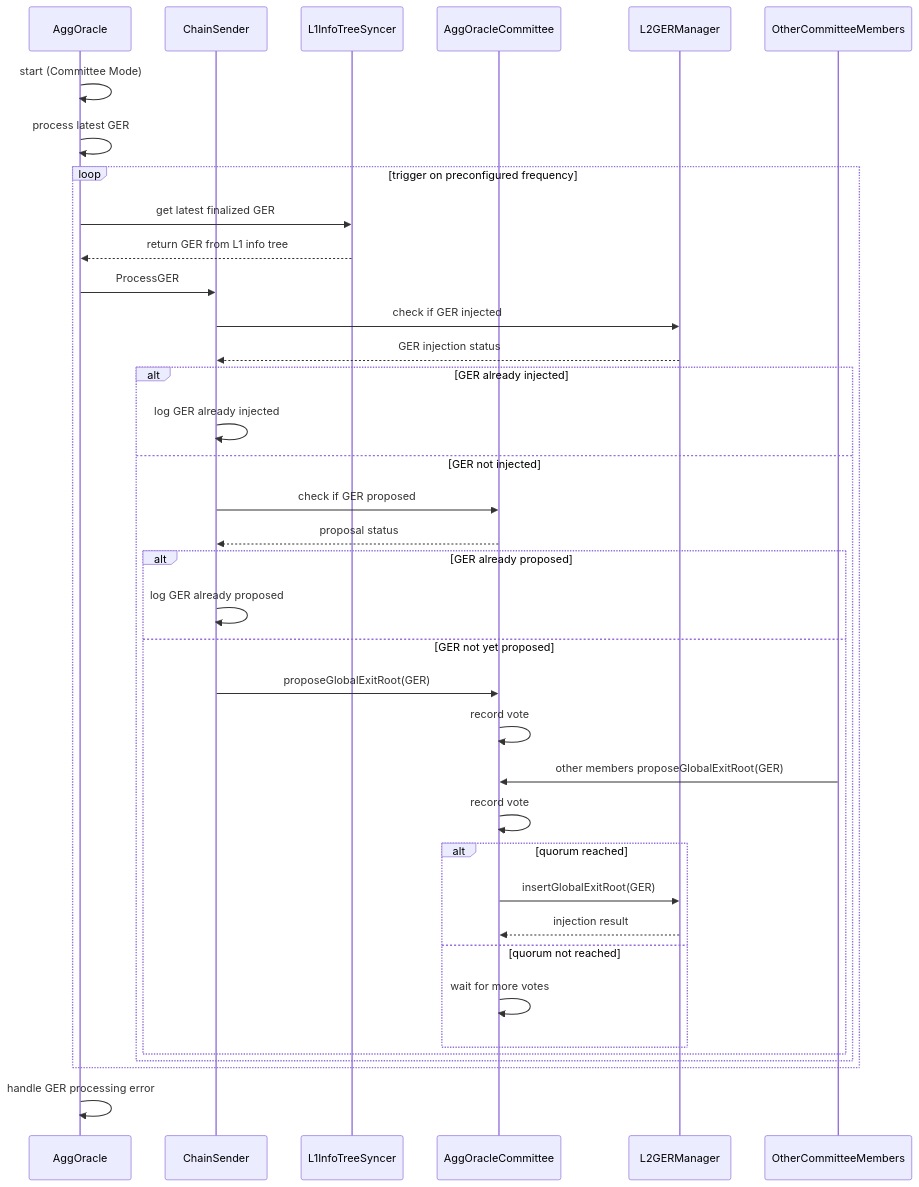
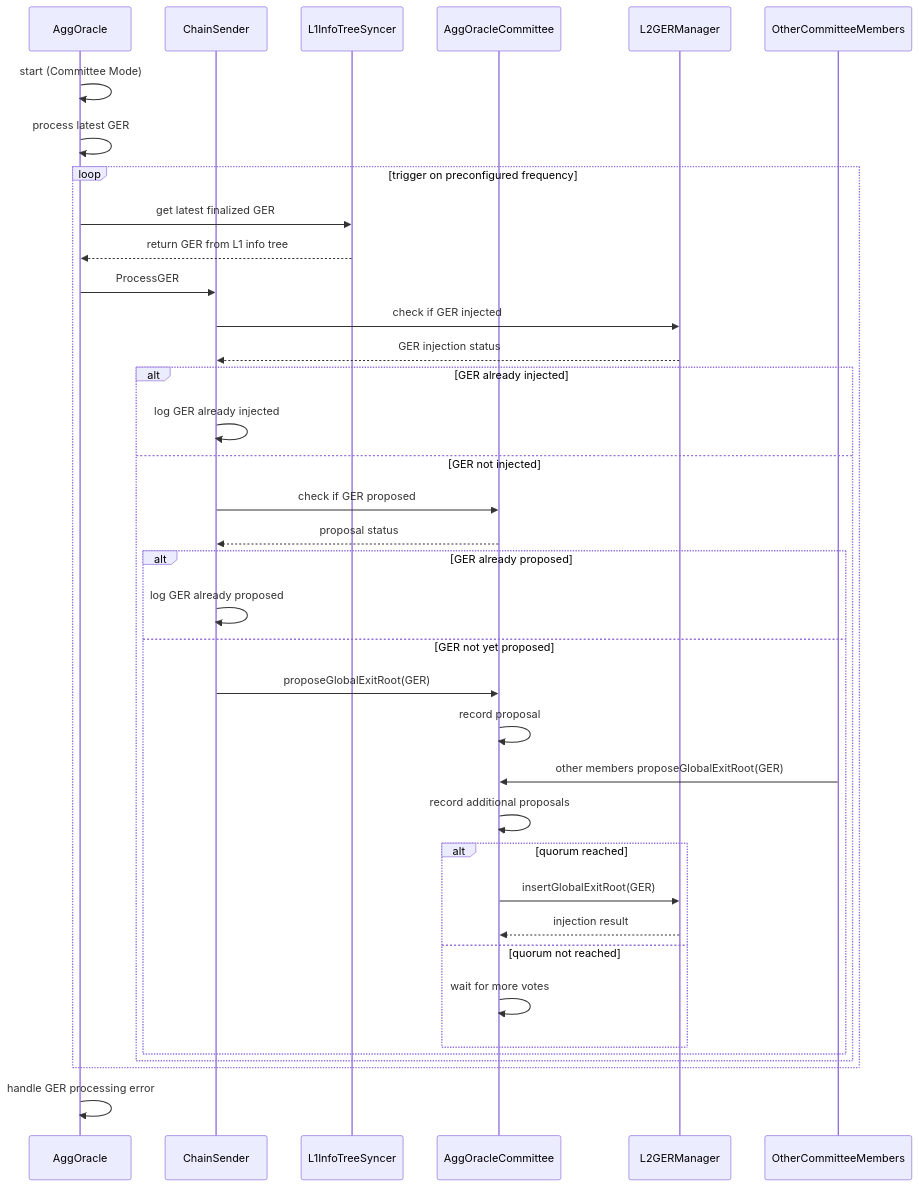
One commit to agglayer/aggkit changed the second of 2 diagrams in docs/aggoracle.md. Above: the diagram before and after it, drawn with Mermaid. The commit also changed other lines of this file, not shown here.

````diff
--- a/docs/aggoracle.md
+++ b/docs/aggoracle.md
@@ -93,40 +93,40 @@
 ```mermaid
 sequenceDiagram
     participant AggOracle
     participant ChainSender
     participant L1InfoTreeSyncer
     participant AggOracleCommittee
     participant L2GERManager
     participant OtherCommitteeMembers
 
     AggOracle->>AggOracle: start (Committee Mode)
     AggOracle->>AggOracle: process latest GER
     loop trigger on preconfigured frequency
         AggOracle->>L1InfoTreeSyncer: get latest finalized GER
         L1InfoTreeSyncer-->>AggOracle: return GER from L1 info tree
         AggOracle->>ChainSender: ProcessGER
         ChainSender->>L2GERManager: check if GER injected
         L2GERManager-->>ChainSender: GER injection status
         alt GER already injected
             ChainSender->>ChainSender: log GER already injected
         else GER not injected
             ChainSender->>AggOracleCommittee: check if GER proposed
             AggOracleCommittee-->>ChainSender: proposal status
             alt GER already proposed
                 ChainSender->>ChainSender: log GER already proposed
             else GER not yet proposed
                 ChainSender->>AggOracleCommittee: proposeGlobalExitRoot(GER)
-                AggOracleCommittee->>AggOracleCommittee: record vote
+                AggOracleCommittee->>AggOracleCommittee: record proposal
                 OtherCommitteeMembers->>AggOracleCommittee: other members proposeGlobalExitRoot(GER)
-                AggOracleCommittee->>AggOracleCommittee: record vote
+                AggOracleCommittee->>AggOracleCommittee: record additional proposals
                 alt quorum reached
                     AggOracleCommittee->>L2GERManager: insertGlobalExitRoot(GER)
                     L2GERManager-->>AggOracleCommittee: injection result
                 else quorum not reached
                     AggOracleCommittee->>AggOracleCommittee: wait for more votes
                 end
             end
         end
     end
     AggOracle->>AggOracle: handle GER processing error
 ```
````
